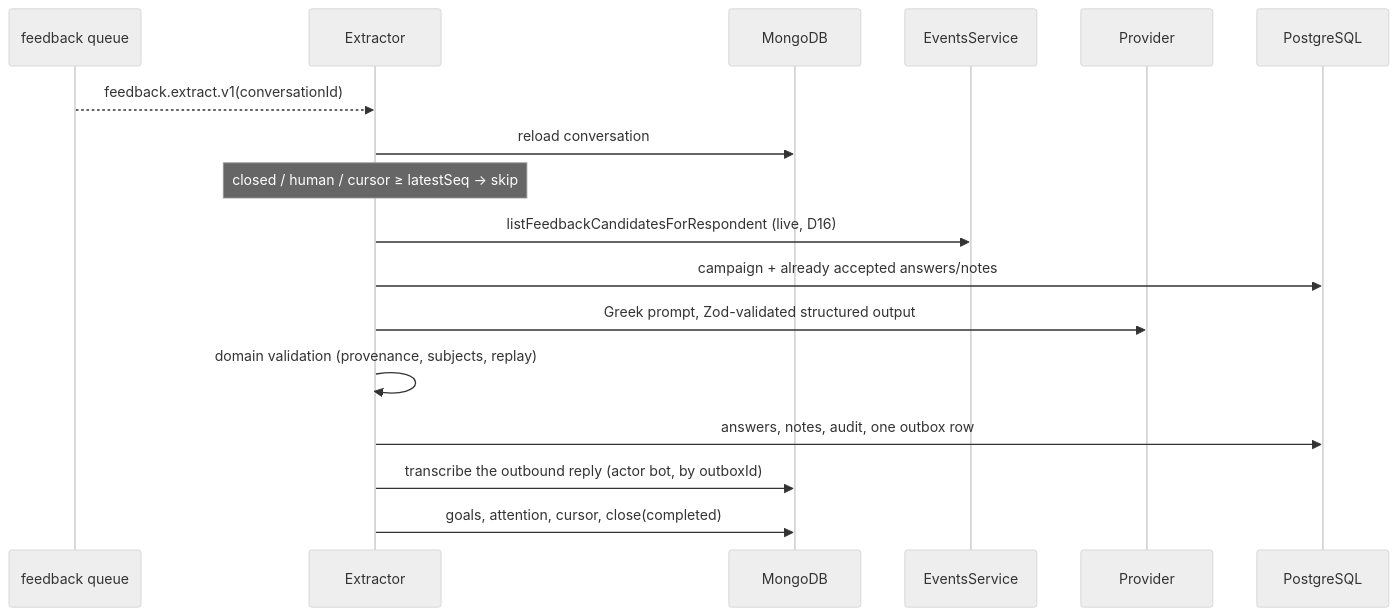
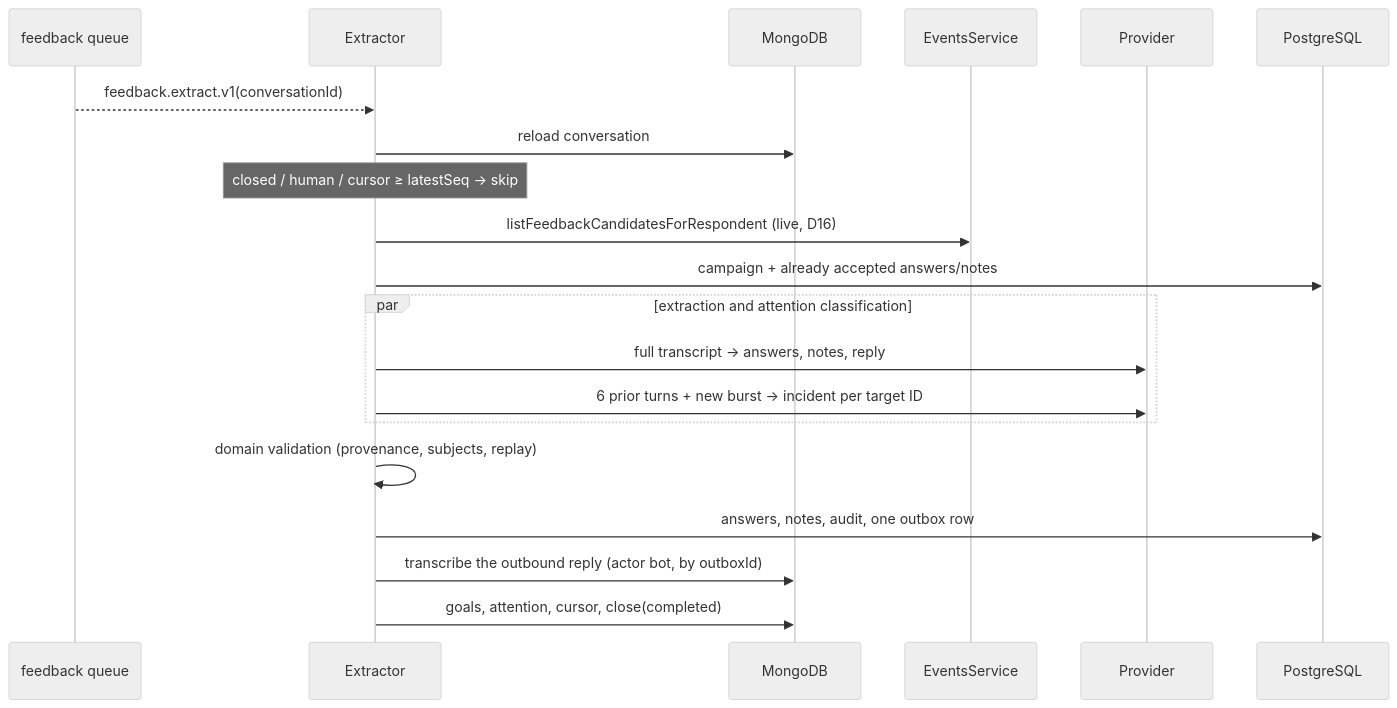
The second of 4 diagrams in docs/backend/modules/post-event-feedback.md (johnakisk0700/slopform), drawn with Mermaid (neutral theme) before and after one commit. The commit also changed other lines of this file and 81 other files, not shown here.

````diff
--- a/docs/backend/modules/post-event-feedback.md
+++ b/docs/backend/modules/post-event-feedback.md
@@ -294,20 +309,23 @@
 ```mermaid
 sequenceDiagram
   participant Queue as feedback queue
   participant Run as Extractor
   participant Mongo as MongoDB
   participant Events as EventsService
   participant Model as Provider
   participant PG as PostgreSQL
 
   Queue-->>Run: feedback.extract.v1(conversationId)
   Run->>Mongo: reload conversation
   Note over Run: closed / human / cursor ≥ latestSeq → skip
   Run->>Events: listFeedbackCandidatesForRespondent (live, D16)
   Run->>PG: campaign + already accepted answers/notes
-  Run->>Model: Greek prompt, Zod-validated structured output
+  par extraction and attention classification
+    Run->>Model: full transcript → answers, notes, reply
+    Run->>Model: 6 prior turns + new burst → incident per target ID
+  end
   Run->>Run: domain validation (provenance, subjects, replay)
   Run->>PG: answers, notes, audit, one outbox row
   Run->>Mongo: transcribe the outbound reply (actor bot, by outboxId)
   Run->>Mongo: goals, attention, cursor, close(completed)
 ```
````
